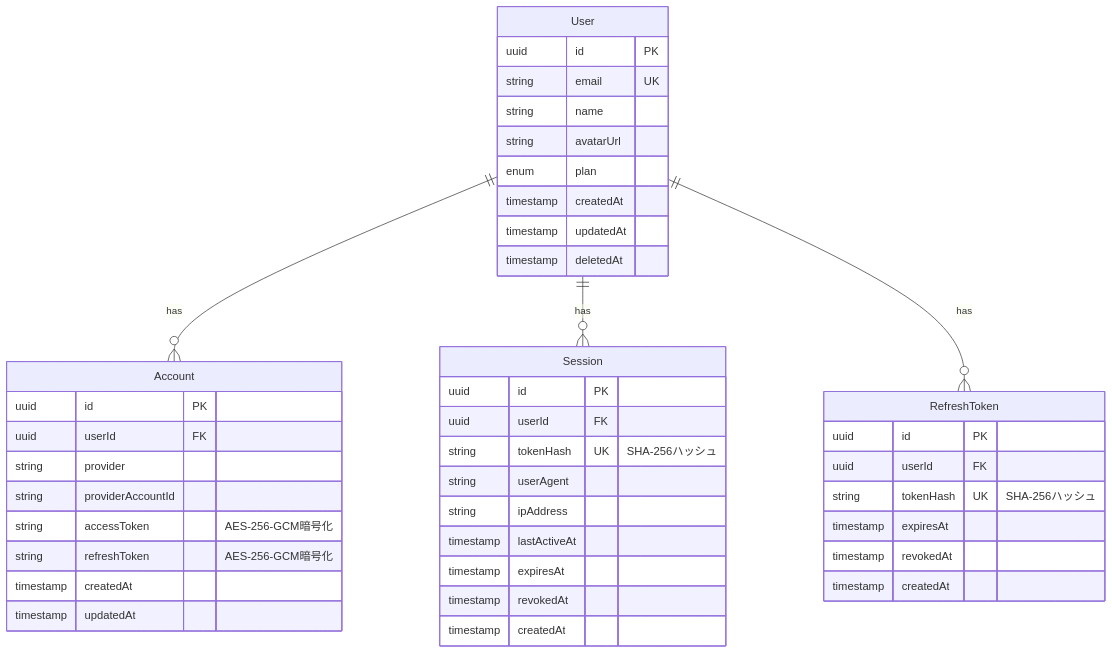
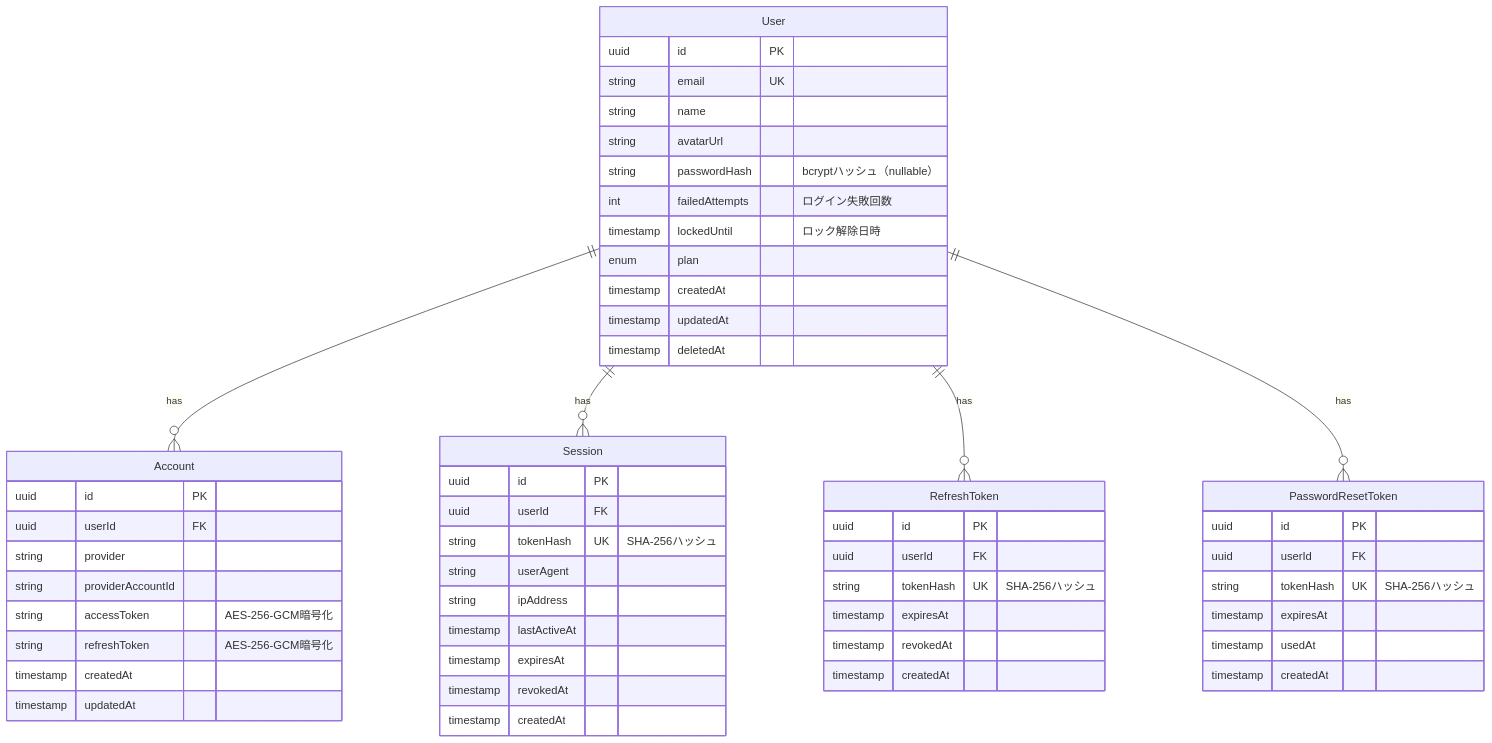
Before and after one commit to tsutsumi389/agentest: the seventh of 13 diagrams in docs/architecture/features/authentication.md, drawn with Mermaid. The commit also changed other lines of this file and 45 other files, not shown here.

````diff
--- a/docs/architecture/features/authentication.md
+++ b/docs/architecture/features/authentication.md
@@ -143,49 +306,62 @@
 ```mermaid
 erDiagram
     User ||--o{ Account : "has"
     User ||--o{ Session : "has"
     User ||--o{ RefreshToken : "has"
+    User ||--o{ PasswordResetToken : "has"
 
     User {
         uuid id PK
         string email UK
         string name
         string avatarUrl
+        string passwordHash "bcryptハッシュ（nullable）"
+        int failedAttempts "ログイン失敗回数"
+        timestamp lockedUntil "ロック解除日時"
         enum plan
         timestamp createdAt
         timestamp updatedAt
         timestamp deletedAt
     }
 
     Account {
         uuid id PK
         uuid userId FK
         string provider
         string providerAccountId
         string accessToken "AES-256-GCM暗号化"
         string refreshToken "AES-256-GCM暗号化"
         timestamp createdAt
         timestamp updatedAt
     }
 
     Session {
         uuid id PK
         uuid userId FK
         string tokenHash UK "SHA-256ハッシュ"
         string userAgent
         string ipAddress
         timestamp lastActiveAt
         timestamp expiresAt
         timestamp revokedAt
         timestamp createdAt
     }
 
     RefreshToken {
         uuid id PK
         uuid userId FK
         string tokenHash UK "SHA-256ハッシュ"
         timestamp expiresAt
         timestamp revokedAt
         timestamp createdAt
     }
+
+    PasswordResetToken {
+        uuid id PK
+        uuid userId FK
+        string tokenHash UK "SHA-256ハッシュ"
+        timestamp expiresAt
+        timestamp usedAt
+        timestamp createdAt
+    }
 ```
````
